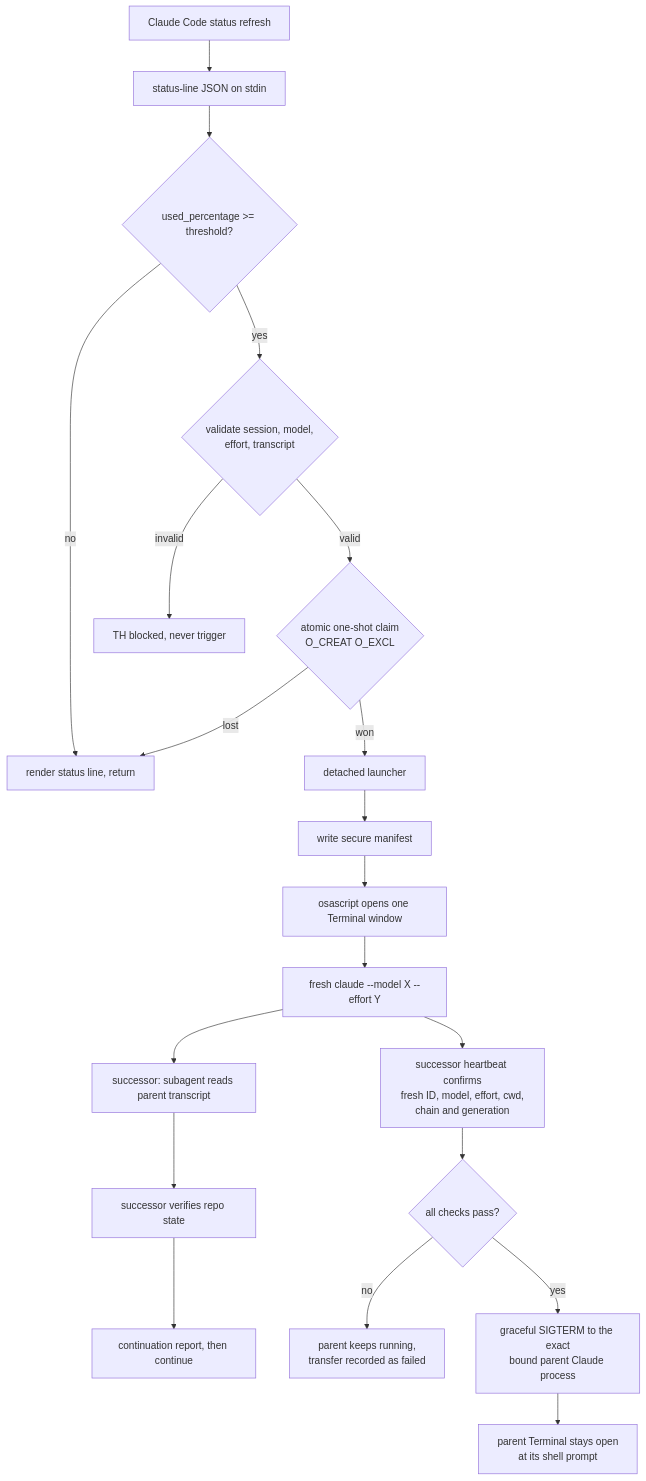
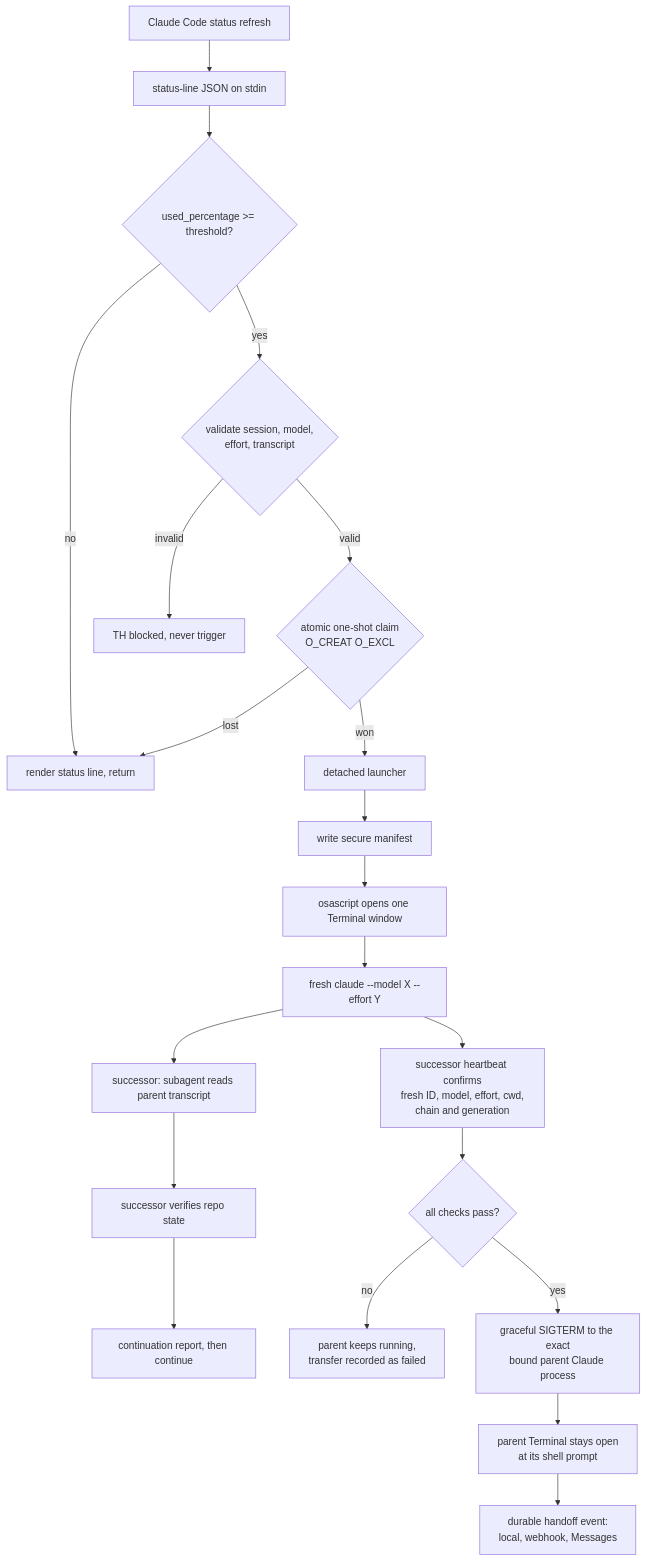
Before and after one commit to aegis-systemsv1/terminal-handoff: the diagram in README.md, drawn with Mermaid. The commit also changed other lines of this file and 30 other files, not shown here.

````diff
--- a/README.md
+++ b/README.md
@@ -49,22 +50,23 @@
 ```mermaid
 flowchart TD
     A[Claude Code status refresh] --> B[status-line JSON on stdin]
     B --> C{used_percentage >= threshold?}
     C -- no --> D[render status line, return]
     C -- yes --> E{validate session, model,<br/>effort, transcript}
     E -- invalid --> F[TH blocked, never trigger]
     E -- valid --> G{atomic one-shot claim<br/>O_CREAT O_EXCL}
     G -- lost --> D
     G -- won --> H[detached launcher]
     H --> I[write secure manifest]
     I --> J[osascript opens one Terminal window]
     J --> K[fresh claude --model X --effort Y]
     K --> L[successor: subagent reads parent transcript]
     L --> M[successor verifies repo state]
     M --> N[continuation report, then continue]
     K --> O[successor heartbeat confirms<br/>fresh ID, model, effort, cwd,<br/>chain and generation]
     O --> P{all checks pass?}
     P -- no --> Q[parent keeps running,<br/>transfer recorded as failed]
     P -- yes --> R[graceful SIGTERM to the exact<br/>bound parent Claude process]
     R --> S[parent Terminal stays open<br/>at its shell prompt]
+    S --> T[durable handoff event:<br/>local, webhook, Messages]
 ```
````
